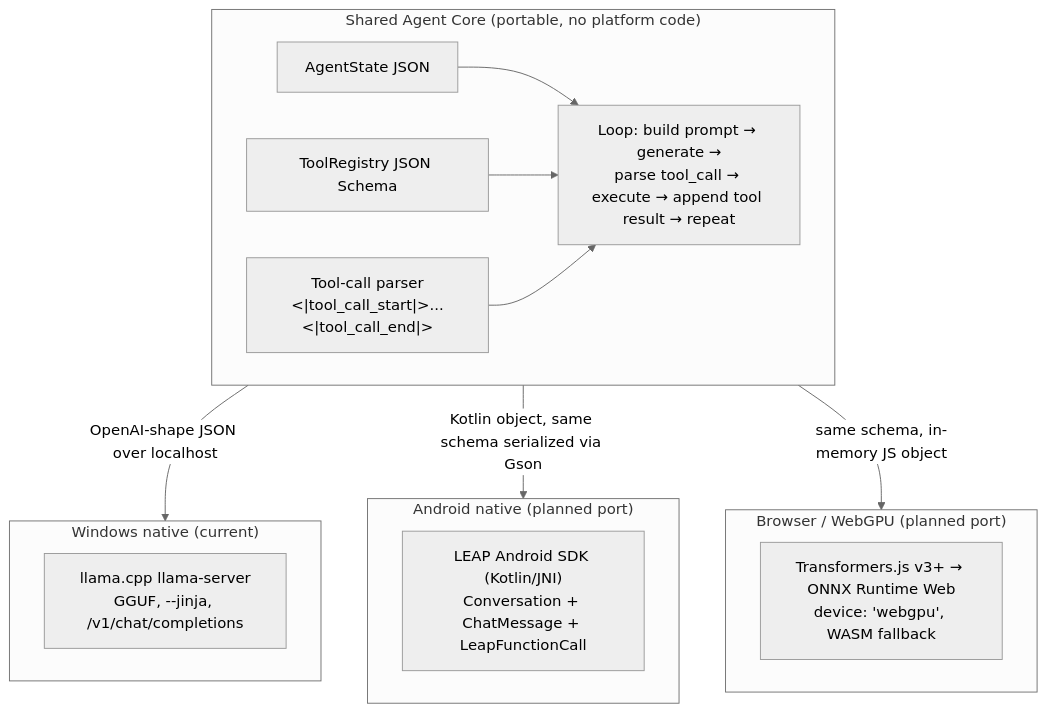
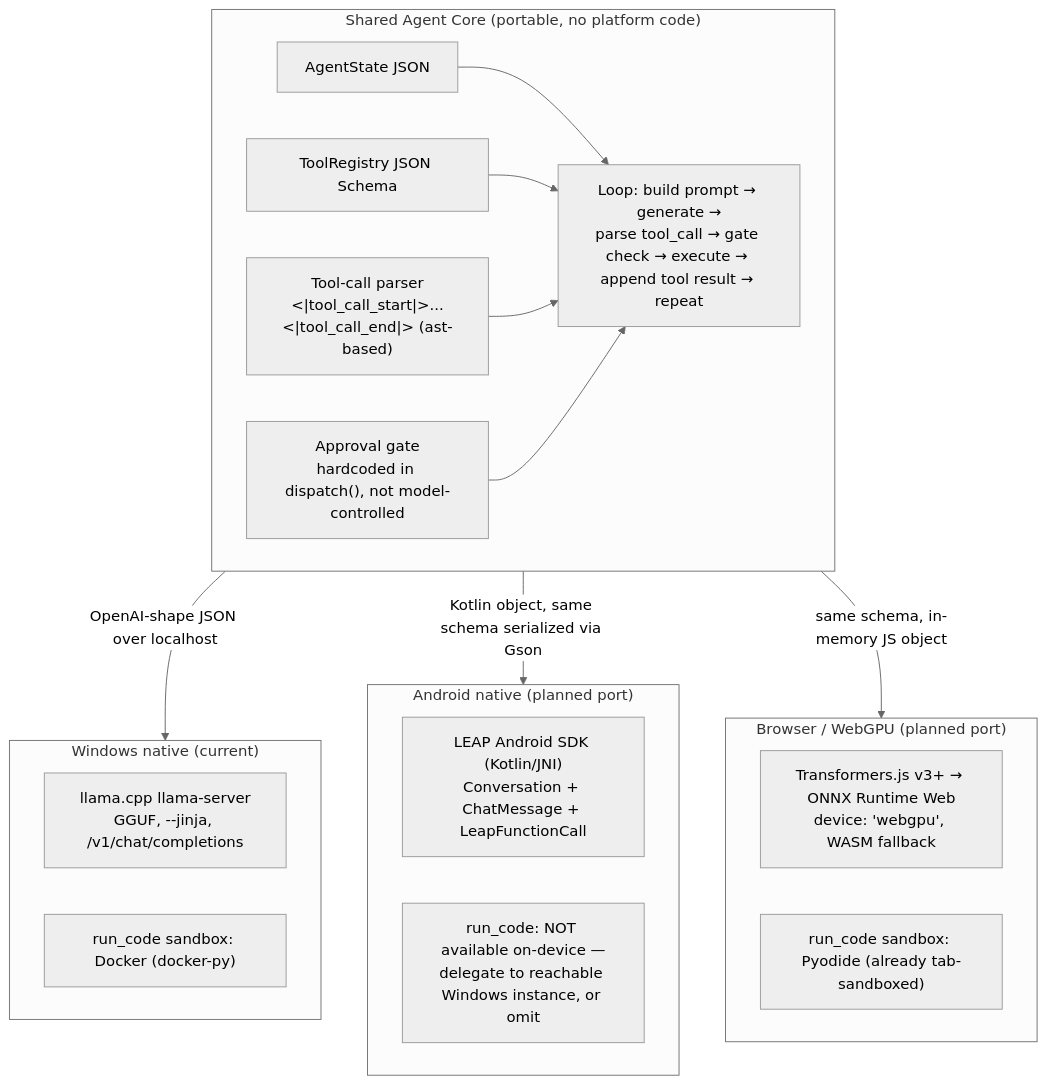
Before and after one commit to TLfarazghani/agent-core: the first of 3 diagrams in docs/architecture.md, drawn with Mermaid (neutral theme). The commit also changed other lines of this file and 17 other files, not shown here.

Commit message:
Phase 0: core (state/parser/registry/loop) + approval gate + schemas + smoke tests

````diff
--- a/docs/architecture.md
+++ b/docs/architecture.md
@@ -7,28 +7,33 @@
 ```mermaid
 graph TB
     subgraph Core["Shared Agent Core (portable, no platform code)"]
         ST[AgentState JSON]
         TR[ToolRegistry JSON Schema]
-        PARSE["Tool-call parser<br/>&lt;|tool_call_start|&gt;...&lt;|tool_call_end|&gt;"]
-        LOOP["Loop: build prompt → generate →<br/>parse tool_call → execute → append tool result → repeat"]
+        PARSE["Tool-call parser<br/>&lt;|tool_call_start|&gt;...&lt;|tool_call_end|&gt; (ast-based)"]
+        GATE["Approval gate<br/>hardcoded in dispatch(), not model-controlled"]
+        LOOP["Loop: build prompt → generate →<br/>parse tool_call → gate check → execute → append tool result → repeat"]
         ST --> LOOP
         TR --> LOOP
         PARSE --> LOOP
+        GATE --> LOOP
     end
 
     subgraph Win["Windows native (current)"]
         W1["llama.cpp llama-server<br/>GGUF, --jinja, /v1/chat/completions"]
+        W2["run_code sandbox: Docker (docker-py)"]
     end
 
     subgraph And["Android native (planned port)"]
         A1["LEAP Android SDK (Kotlin/JNI)<br/>Conversation + ChatMessage + LeapFunctionCall"]
+        A2["run_code: NOT available on-device —<br/>delegate to reachable Windows instance, or omit"]
     end
 
     subgraph Web["Browser / WebGPU (planned port)"]
         B1["Transformers.js v3+ → ONNX Runtime Web<br/>device: 'webgpu', WASM fallback"]
+        B2["run_code sandbox: Pyodide (already tab-sandboxed)"]
     end
 
     Core -->|OpenAI-shape JSON over localhost| Win
     Core -->|Kotlin object, same schema serialized via Gson| And
     Core -->|same schema, in-memory JS object| Web
 ```
````
